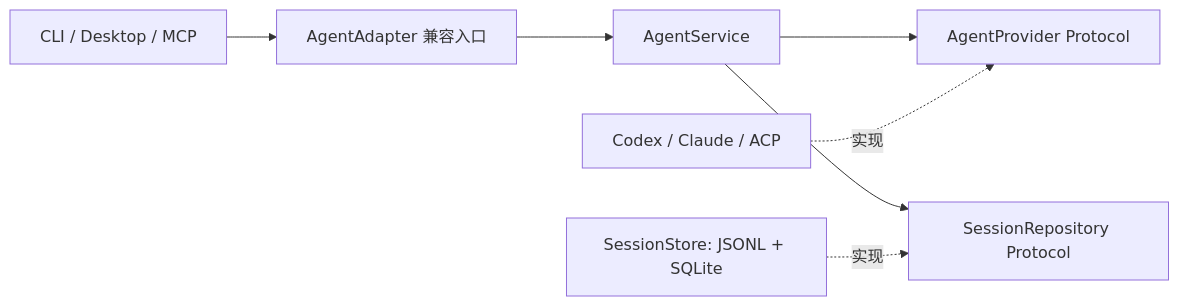
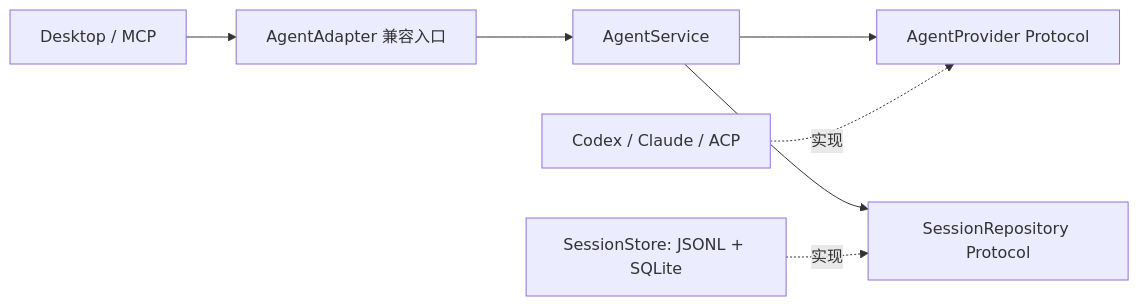
The diagram in docs/ARCHITECTURE.md (StDoses72/Cleo-AI-agent), drawn with Mermaid before and after one commit. The commit also changed other lines of this file and 17 other files, not shown here.

````diff
--- a/docs/ARCHITECTURE.md
+++ b/docs/ARCHITECTURE.md
@@ -91,9 +79,9 @@
 ```mermaid
 flowchart LR
-    Entry[CLI / Desktop / MCP] --> Adapter[AgentAdapter 兼容入口]
+    Entry[Desktop / MCP] --> Adapter[AgentAdapter 兼容入口]
     Adapter --> Service[AgentService]
     Service --> Provider[AgentProvider Protocol]
     Service --> Repository[SessionRepository Protocol]
     SDK[Codex / Claude / ACP] -.实现.-> Provider
     Store[SessionStore: JSONL + SQLite] -.实现.-> Repository
 ```
````
